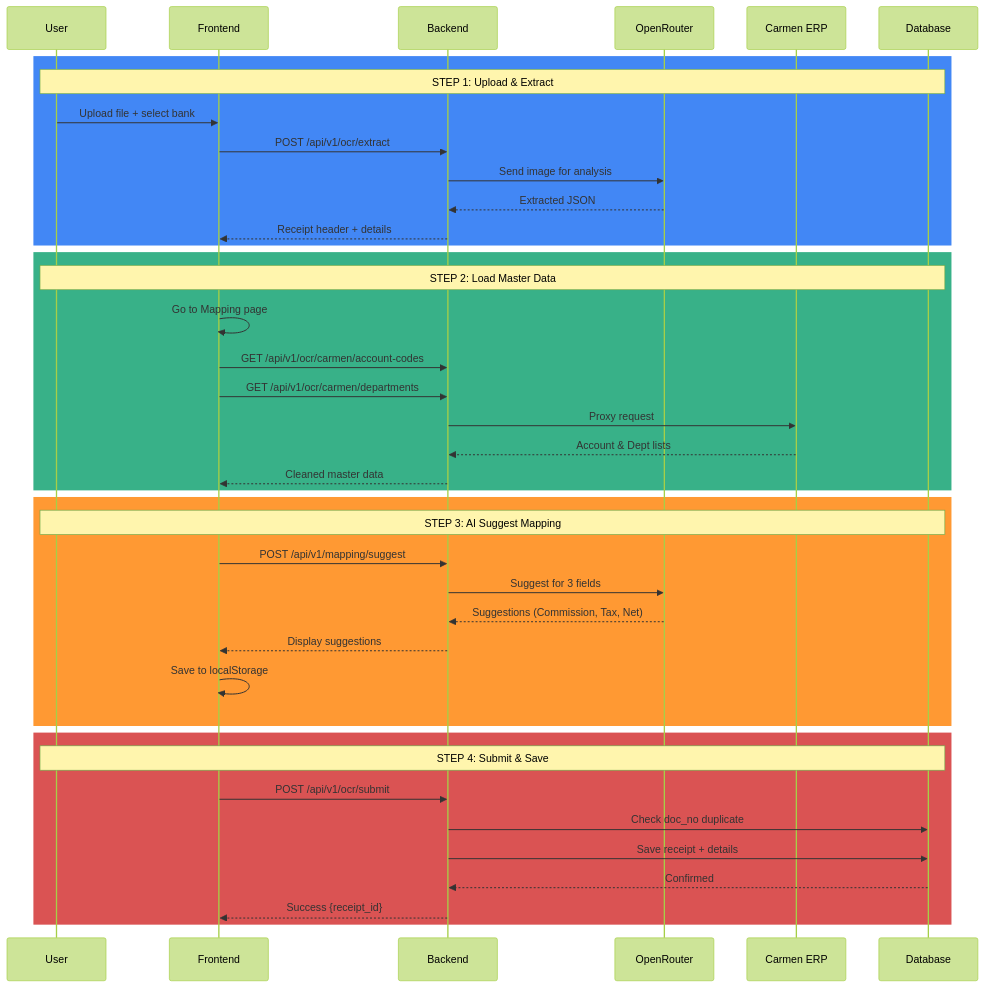
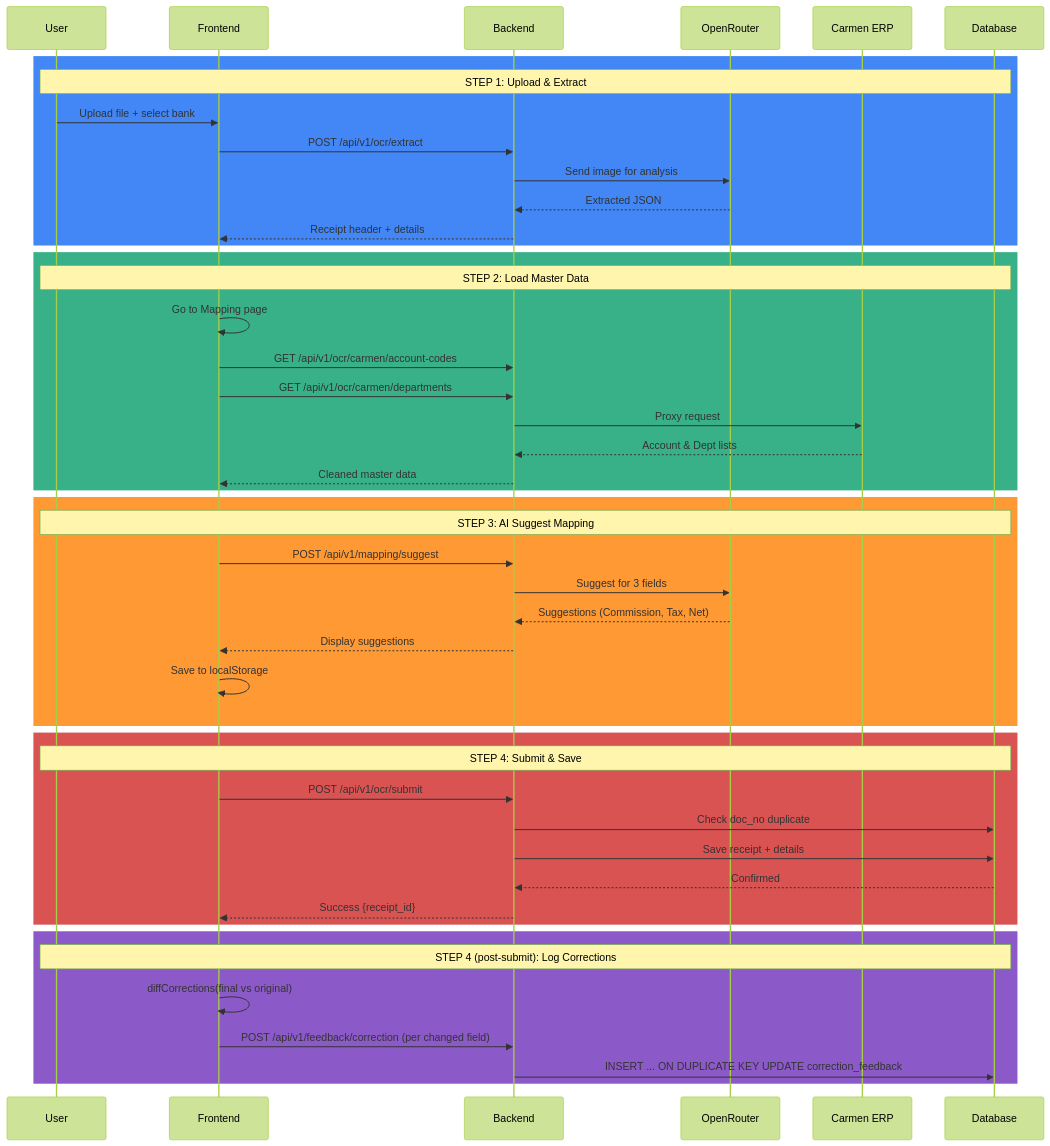
The second of 8 diagrams in docs/Software_Requirements_Specification.md (SupportCarmen/OCR), drawn with Mermaid (forest theme) before and after one commit. The commit also changed other lines of this file and 17 other files, not shown here.

````diff
--- a/docs/Software_Requirements_Specification.md
+++ b/docs/Software_Requirements_Specification.md
@@ -91,46 +98,53 @@
 ```mermaid
 sequenceDiagram
     participant User
     participant UI as Frontend
     participant BE as Backend
     participant LLM as OpenRouter
     participant Carmen as Carmen ERP
     participant DB as Database
 
     rect rgb(66, 135, 245)
         Note over User,DB: STEP 1: Upload & Extract
         User->>UI: Upload file + select bank
         UI->>BE: POST /api/v1/ocr/extract
         BE->>LLM: Send image for analysis
         LLM-->>BE: Extracted JSON
         BE-->>UI: Receipt header + details
     end
 
     rect rgb(56, 177, 136)
         Note over User,DB: STEP 2: Load Master Data
         UI->>UI: Go to Mapping page
         UI->>BE: GET /api/v1/ocr/carmen/account-codes
         UI->>BE: GET /api/v1/ocr/carmen/departments
         BE->>Carmen: Proxy request
         Carmen-->>BE: Account & Dept lists
         BE-->>UI: Cleaned master data
     end
 
     rect rgb(255, 153, 51)
         Note over User,DB: STEP 3: AI Suggest Mapping
         UI->>BE: POST /api/v1/mapping/suggest
         BE->>LLM: Suggest for 3 fields
         LLM-->>BE: Suggestions (Commission, Tax, Net)
         BE-->>UI: Display suggestions
         UI->>UI: Save to localStorage
     end
 
     rect rgb(218, 83, 83)
         Note over User,DB: STEP 4: Submit & Save
         UI->>BE: POST /api/v1/ocr/submit
         BE->>DB: Check doc_no duplicate
         BE->>DB: Save receipt + details
         DB-->>BE: Confirmed
         BE-->>UI: Success {receipt_id}
     end
+
+    rect rgb(140, 90, 200)
+        Note over User,DB: STEP 4 (post-submit): Log Corrections
+        UI->>UI: diffCorrections(final vs original)
+        UI->>BE: POST /api/v1/feedback/correction (per changed field)
+        BE->>DB: INSERT ... ON DUPLICATE KEY UPDATE correction_feedback
+    end
 ```
````
